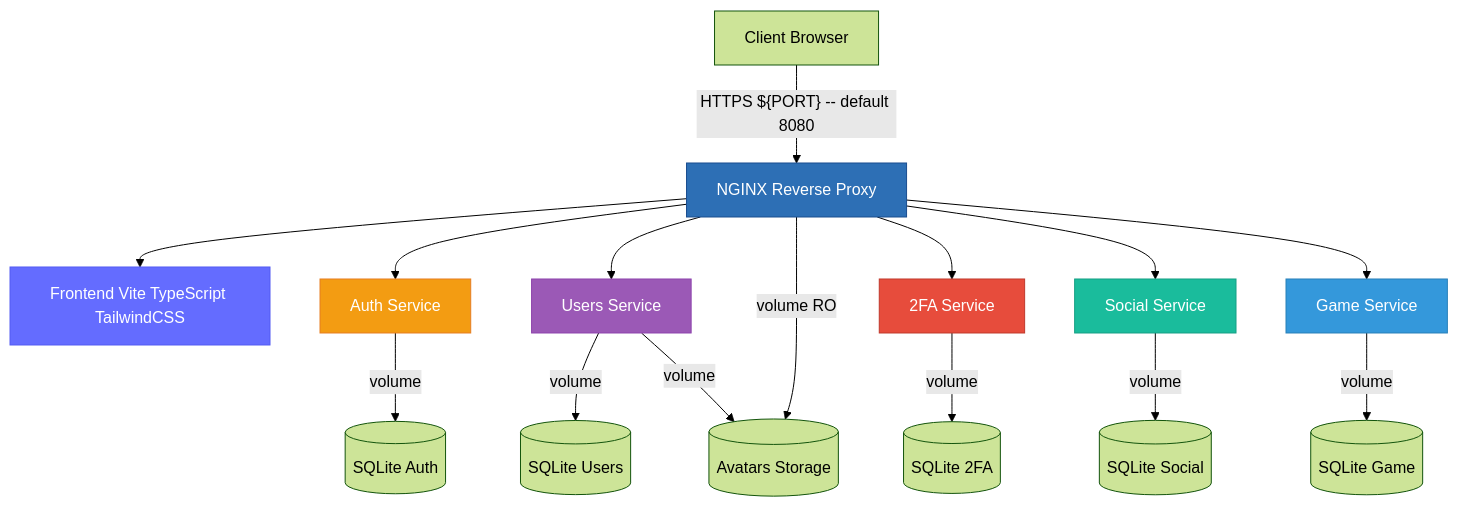
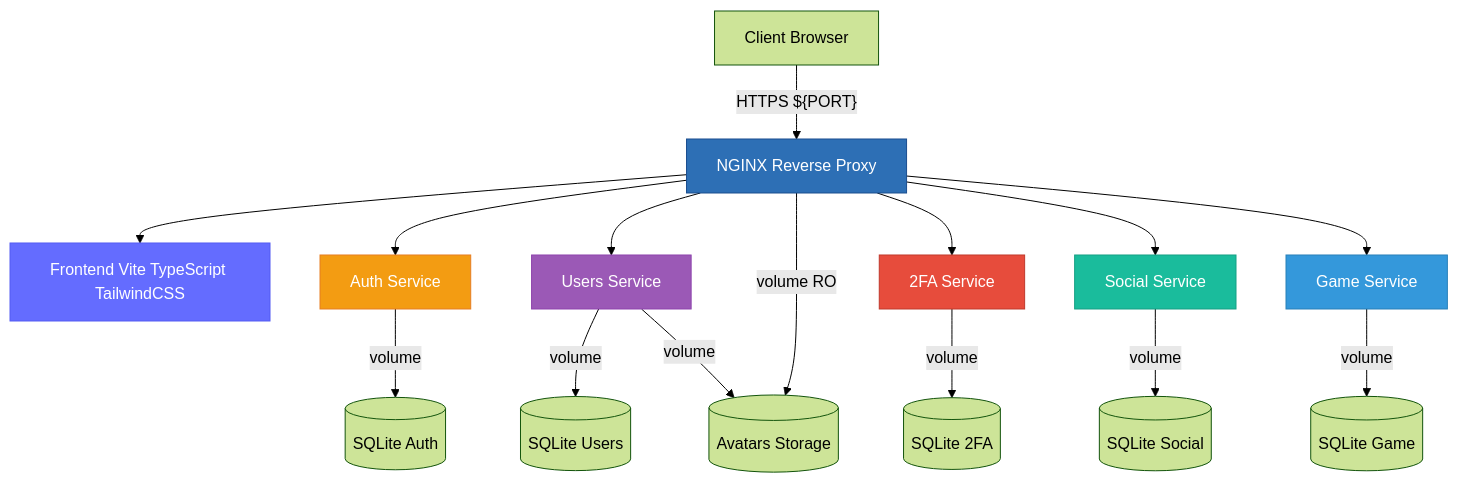
Before and after one commit to anais-f/42_ft_transcendence: the first of 3 diagrams in docs/architecture.md, drawn with Mermaid (forest theme). The commit also changed 1 other file, not shown here.

Commit message:
fix: remove 8080 in docker-compose if PORT isn't set

````diff
--- a/docs/architecture.md
+++ b/docs/architecture.md
@@ -8,30 +8,30 @@
 ```mermaid
 graph TB
     Client[Client Browser]
 
-    Client -->|"HTTPS ${PORT} -- default 8080"| Nginx[NGINX Reverse Proxy]
+    Client -->|"HTTPS ${PORT}"| Nginx[NGINX Reverse Proxy]
 
     Nginx --> Frontend[Frontend Vite TypeScript TailwindCSS]
     Nginx --> Auth[Auth Service]
     Nginx --> Users[Users Service]
     Nginx --> TwoFA[2FA Service]
     Nginx --> Social[Social Service]
     Nginx --> Game[Game Service]
 
     Auth -->|volume| DB_Auth[(SQLite Auth)]
     Users -->|volume| DB_Users[(SQLite Users)]
     Social -->|volume| DB_Social[(SQLite Social)]
     TwoFA -->|volume| DB_2FA[(SQLite 2FA)]
     Game -->|volume| DB_Game[(SQLite Game)]
 
     Users -->|volume| Avatars[(Avatars Storage)]
     Nginx -->|volume RO| Avatars
 
     style Nginx fill:#2d6fb5,stroke:#1a4d8f,color:#fff
     style Frontend fill:#646cff,stroke:#535bf2,color:#fff
     style Auth fill:#f39c12,stroke:#e67e22,color:#fff
     style Users fill:#9b59b6,stroke:#8e44ad,color:#fff
     style TwoFA fill:#e74c3c,stroke:#c0392b,color:#fff
     style Social fill:#1abc9c,stroke:#16a085,color:#fff
     style Game fill:#3498db,stroke:#2980b9,color:#fff
 ```
````
